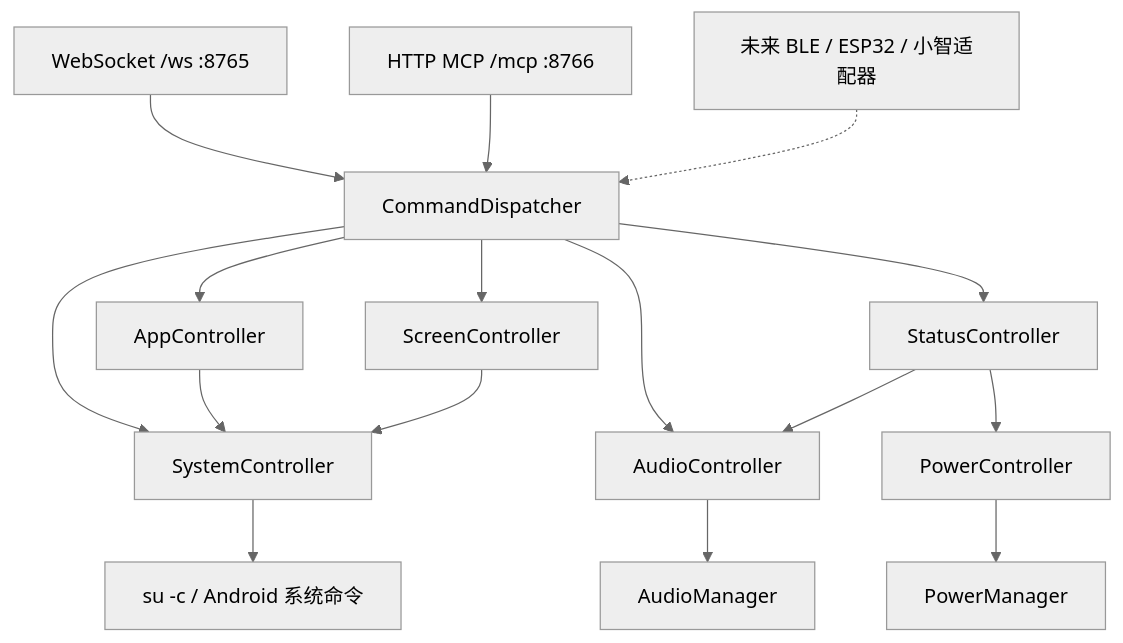
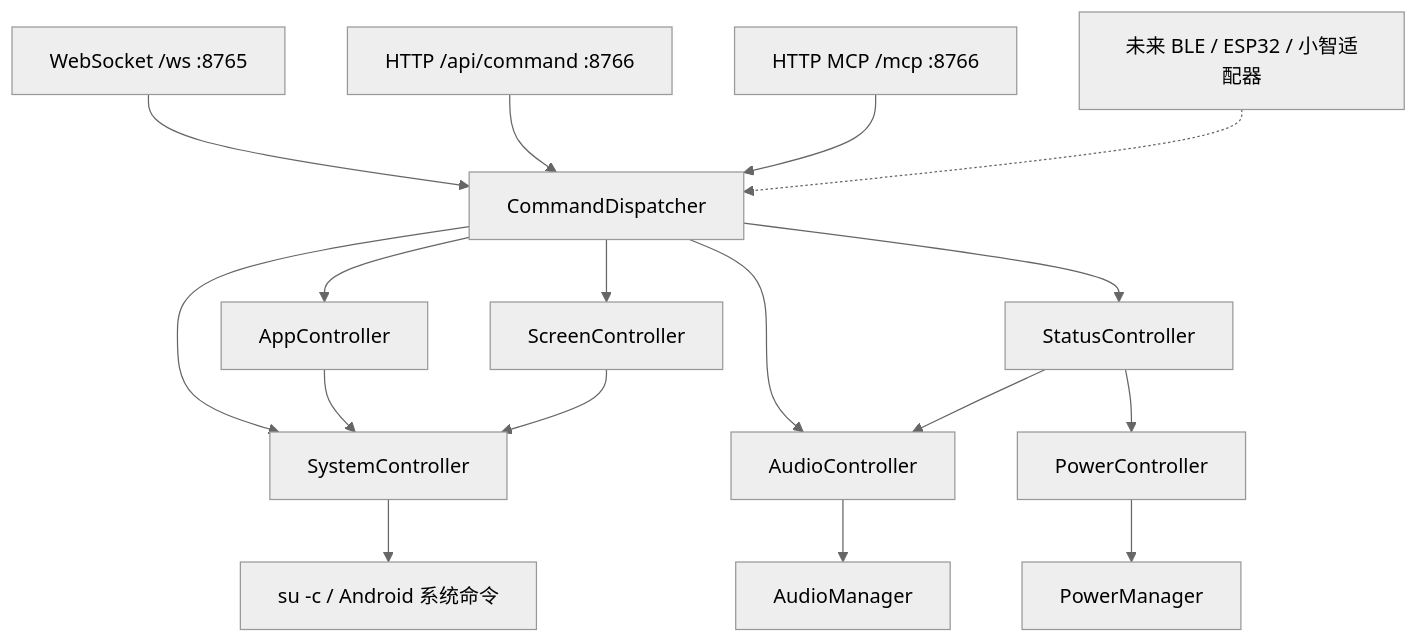
The diagram in docs/ARCHITECTURE.md (Ronnie2026/AndroidPhonePilot), drawn with Mermaid (neutral theme) before and after one commit. The commit also changed other lines of this file and 11 other files, not shown here.

````diff
--- a/docs/ARCHITECTURE.md
+++ b/docs/ARCHITECTURE.md
@@ -5,18 +5,19 @@
 ```mermaid
 flowchart TD
     WS[WebSocket /ws :8765] --> D[CommandDispatcher]
+    HTTP[HTTP /api/command :8766] --> D
     MCP[HTTP MCP /mcp :8766] --> D
     Future[未来 BLE / ESP32 / 小智适配器] -.-> D
     D --> App[AppController]
     D --> Screen[ScreenController]
     D --> Audio[AudioController]
     D --> System[SystemController]
     D --> Status[StatusController]
     Status --> Power[PowerController]
     Status --> Audio
     App --> System
     Screen --> System
     System --> SU[su -c / Android 系统命令]
     Audio --> API[AudioManager]
     Power --> PM[PowerManager]
 ```
````
